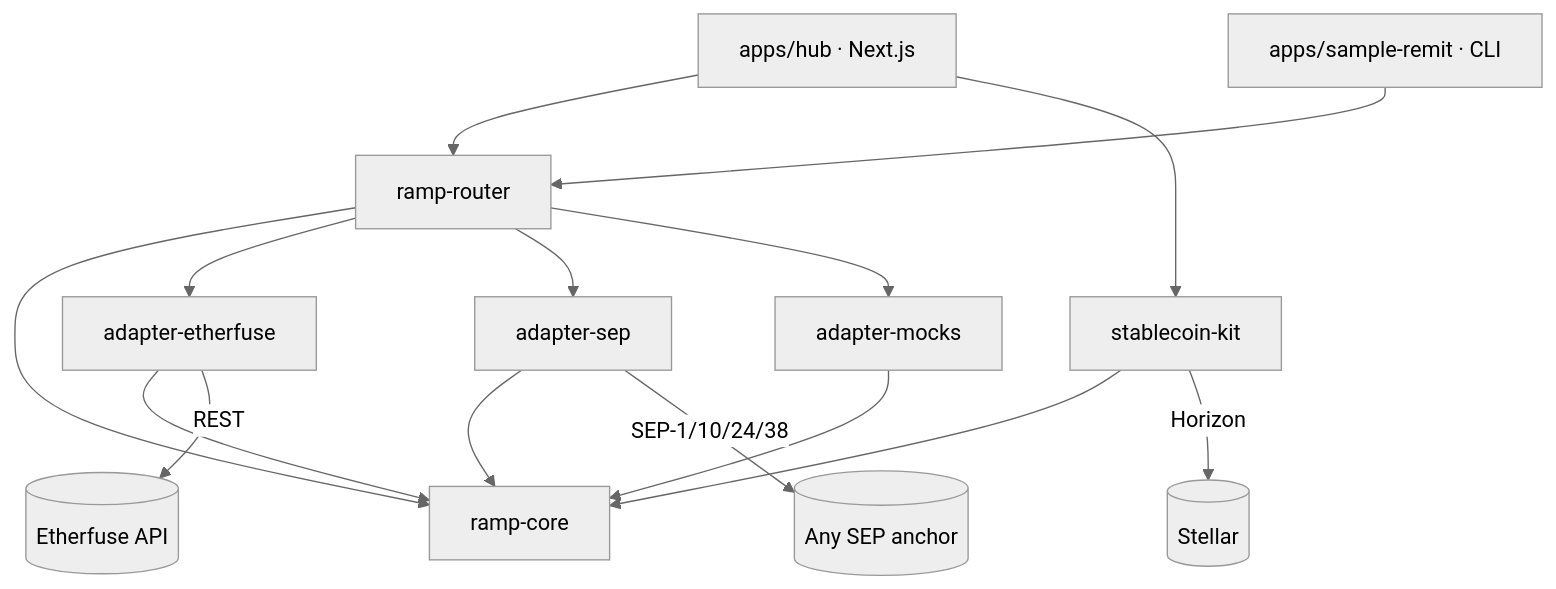
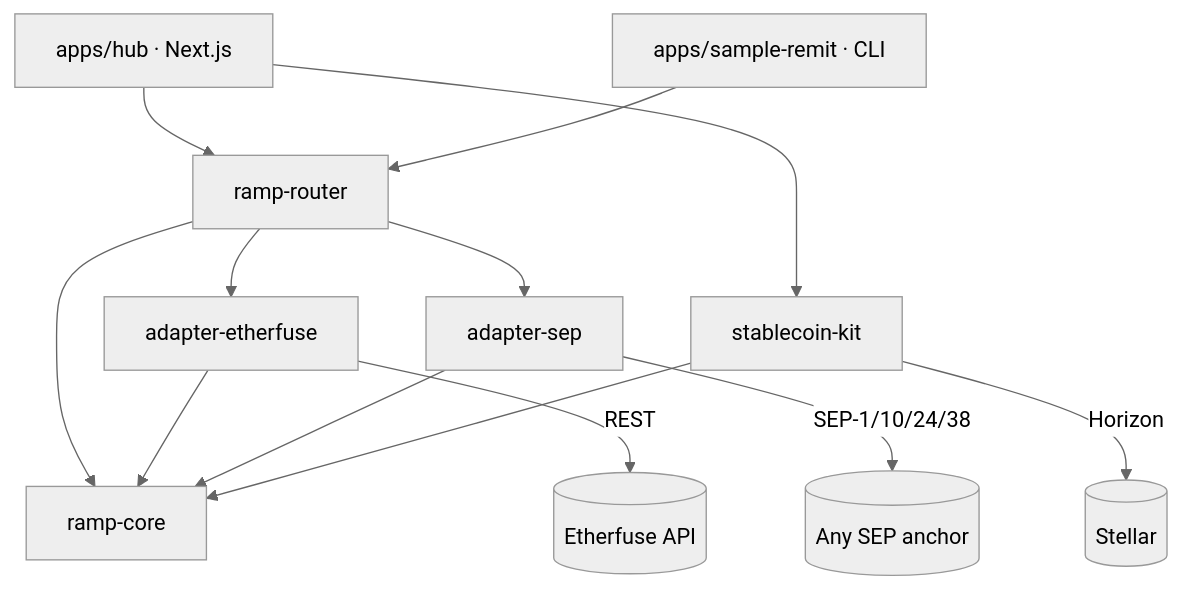
The second of 2 diagrams in README.md (ACTA-Team/brazil-regional-kit), drawn with Mermaid (neutral theme) before and after one commit. The commit also changed other lines of this file and 8 other files, not shown here.

````diff
--- a/README.md
+++ b/README.md
@@ -140,17 +141,15 @@
 ```mermaid
 flowchart TD
   Hub[apps/hub · Next.js] --> Router
   Sample[apps/sample-remit · CLI] --> Router
   Router[ramp-router] --> Core[ramp-core]
   Router --> AE[adapter-etherfuse]
   Router --> AS[adapter-sep]
-  Router --> AM[adapter-mocks]
   AE --> Core
   AS --> Core
-  AM --> Core
   Hub --> SK[stablecoin-kit]
   SK --> Core
   AE -->|REST| EF[(Etherfuse API)]
   AS -->|SEP-1/10/24/38| TA[(Any SEP anchor)]
   SK -->|Horizon| SN[(Stellar)]
 ```
````
